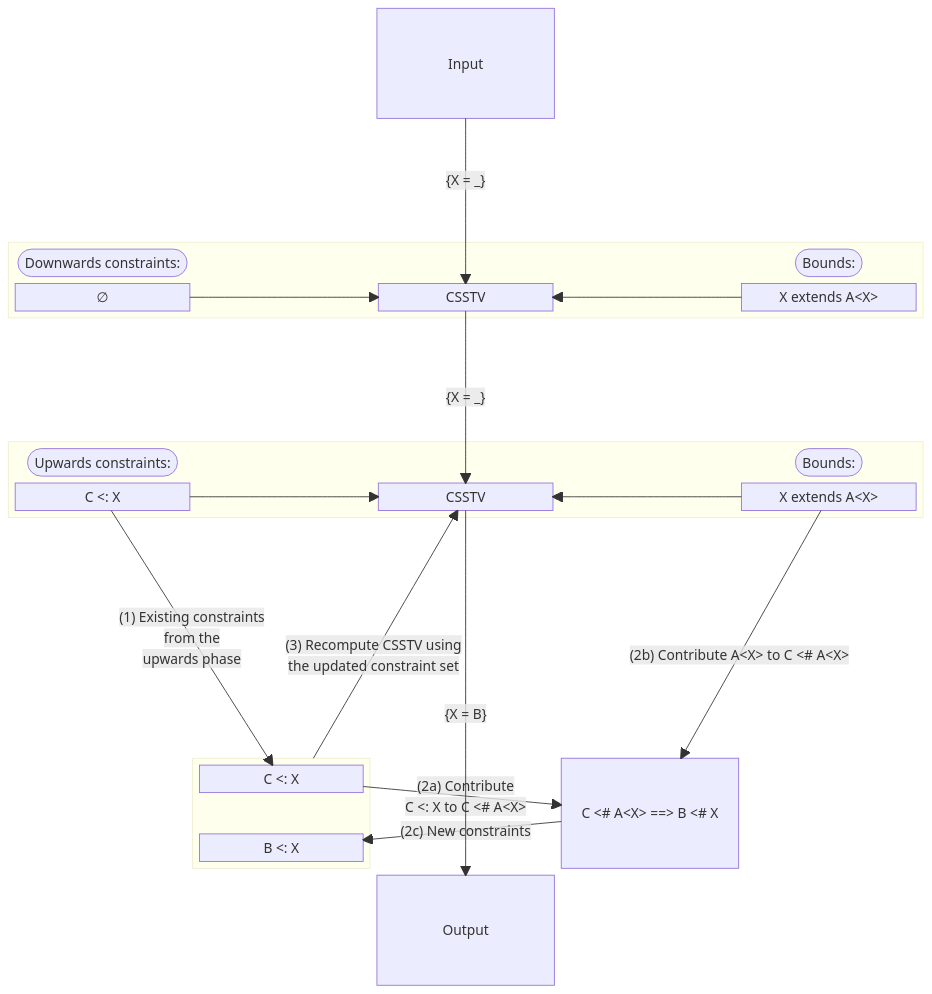
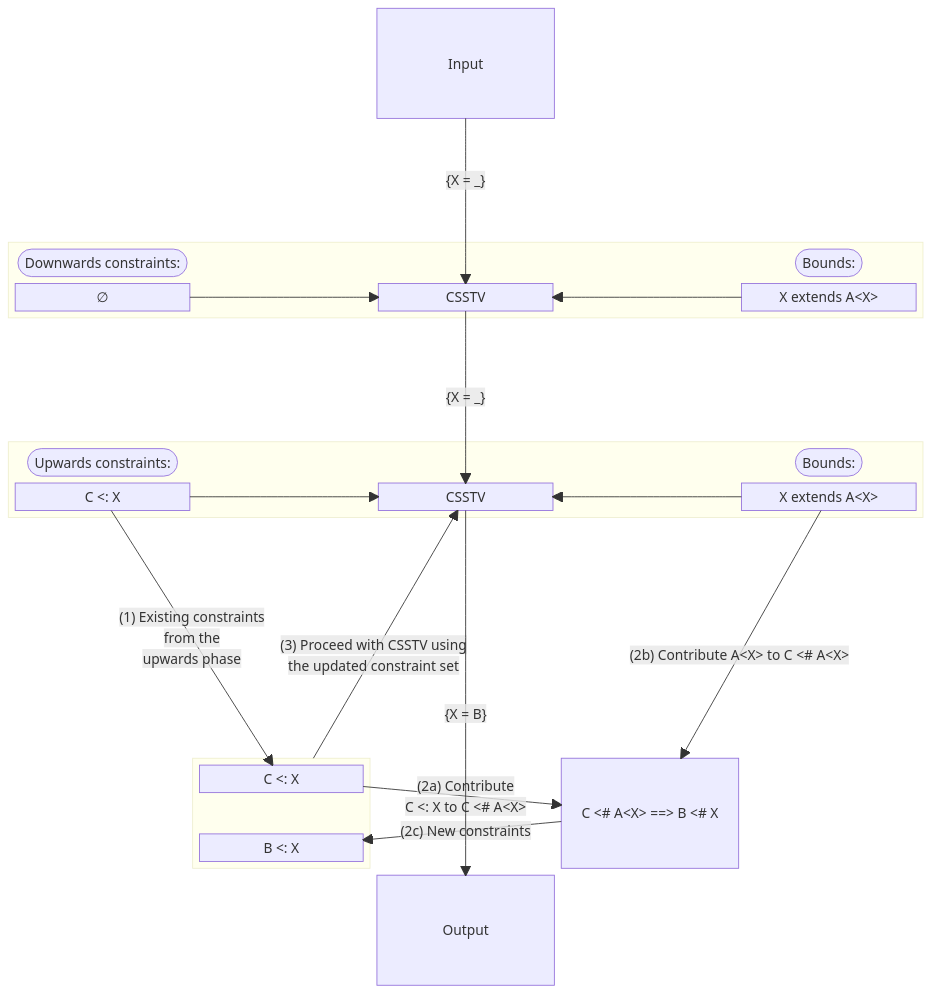
The fourth of 4 diagrams in accepted/future-releases/3009-inference-using-bounds/design-document.md (dart-lang/language), drawn with Mermaid before and after one commit. The commit also changed other lines of this file and 1 other file, not shown here.

Commit message:
Include the change in grounded solution; adjust wording on the diagram

````diff
--- a/accepted/future-releases/3009-inference-using-bounds/design-document.md
+++ b/accepted/future-releases/3009-inference-using-bounds/design-document.md
@@ -472,74 +507,74 @@
 ```mermaid
 block-beta
   columns 5
 
   space:2
   overallInput["Input"]
   space:2
 
   space:5
 
   block:downwards:5
     columns 5
 
     commentDownwardsConstraints(["Downwards constraints:"])
     space:3
     commentDownwardsBounds(["Bounds:"])
 
     constraintsDownwards["∅"]
     space
     csstvDownwards["CSSTV"]
     space
     boundsDownwards["X extends A&lt;X&gt;"]
   end
 
   space:5
 
   block:upwards:5
     columns 5
 
     commentUpwardsConstraints(["Upwards constraints:"])
     space:3
     commentUpwardsBounds(["Bounds:"])
 
     constraintsUpwards["C <: X"]
     space
     csstvUpwards["CSSTV"]
     space
     boundsUpwards["X extends A&lt;X&gt;"]
   end
 
   space:10
 
   space
   block:constraintsUpwardsUpdated:1
     columns 1
     constraintUpwards2["C <: X"]
     space
     constraintUpwards1["B <: X"]
   end
   space
   constraintGeneration["C <# A&lt;X&gt; ==> B <# X"]
   space
 
   space:2
   overallOutput["Output"]
   space:2
 
   overallInput -- "{X = _}"--> csstvDownwards
 
   constraintsDownwards --> csstvDownwards
   boundsDownwards --> csstvDownwards
   csstvDownwards -- "{X = _}" --> csstvUpwards
 
   constraintGeneration -- "(2c) New constraints" --> constraintUpwards1
   constraintUpwards2 -- "(2a) Contribute\nC <: X to C <# A&lt;X&gt;" --> constraintGeneration
 
   constraintsUpwards -- "(1) Existing constraints\nfrom the\nupwards phase" --> constraintUpwards2
   constraintsUpwards --> csstvUpwards
   boundsUpwards --> csstvUpwards
   boundsUpwards -- "(2b) Contribute A&lt;X&gt; to C <# A&lt;X&gt;\n" --> constraintGeneration
-  constraintsUpwardsUpdated -- "(3) Recompute CSSTV using\nthe updated constraint set" --> csstvUpwards
+  constraintsUpwardsUpdated -- "(3) Proceed with CSSTV using\nthe updated constraint set" --> csstvUpwards
 
   csstvUpwards -- "{X = B}" --> overallOutput
 ```
````
